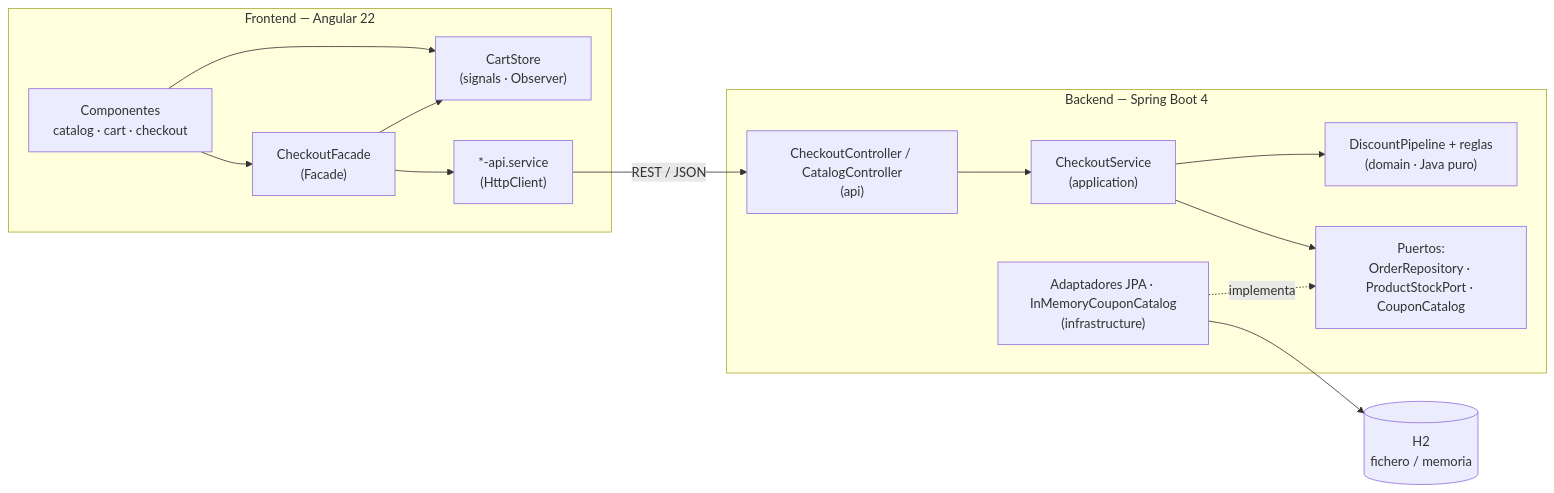
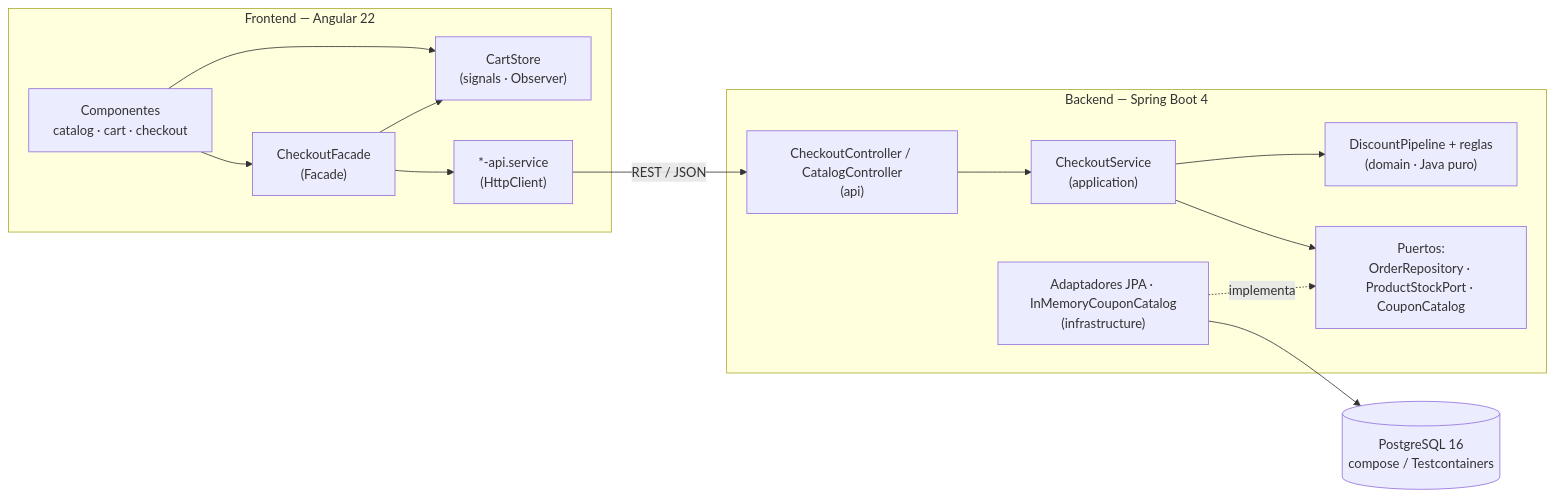
One commit to nrodriguezvar17/examen-ecommerce changed the first of 2 diagrams in docs/arquitectura.md. Above: the diagram before and after it, drawn with Mermaid. The commit also changed other lines of this file and 12 other files, not shown here.

First line of the commit message:
feat(backend): PostgreSQL 16 como base principal (Flyway + Docker Compose + Testcontainers)

````diff
--- a/docs/arquitectura.md
+++ b/docs/arquitectura.md
@@ -310,28 +328,28 @@
 ```mermaid
 flowchart LR
     subgraph FE["Frontend — Angular 22"]
         CMP["Componentes<br/>catalog · cart · checkout"]
         STORE["CartStore<br/>(signals · Observer)"]
         FACADE["CheckoutFacade<br/>(Facade)"]
         APIFE["*-api.service<br/>(HttpClient)"]
         CMP --> STORE
         CMP --> FACADE
         FACADE --> STORE
         FACADE --> APIFE
     end
 
     subgraph BE["Backend — Spring Boot 4"]
         CTRL["CheckoutController / CatalogController<br/>(api)"]
         SVC["CheckoutService<br/>(application)"]
         PIPE["DiscountPipeline + reglas<br/>(domain · Java puro)"]
         PORTS["Puertos:<br/>OrderRepository · ProductStockPort · CouponCatalog"]
         INFRA["Adaptadores JPA · InMemoryCouponCatalog<br/>(infrastructure)"]
         CTRL --> SVC
         SVC --> PIPE
         SVC --> PORTS
         INFRA -. implementa .-> PORTS
     end
 
     APIFE -->|"REST / JSON"| CTRL
-    INFRA --> H2[("H2<br/>fichero / memoria")]
+    INFRA --> PG[("PostgreSQL 16<br/>compose / Testcontainers")]
 ```
````
